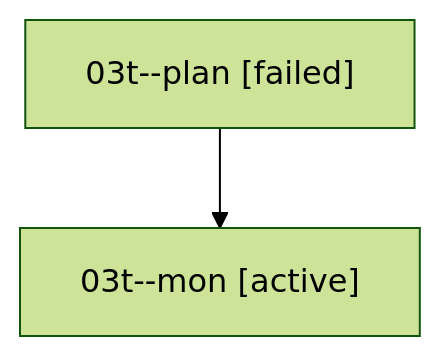
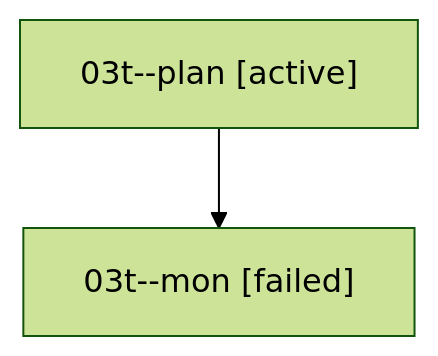
Before and after one commit to sase-org/sase--agents: the diagram in families/bbugyi200.athena.03t.md, drawn with Mermaid (forest theme). The commit also changed other lines of this file and 35830 other files, not shown here.

````diff
--- a/families/bbugyi200.athena.03t.md
+++ b/families/bbugyi200.athena.03t.md
@@ -9,6 +9,6 @@
 ```mermaid
 flowchart TD
-  n0["03t--plan [failed]"]
-  n1["03t--mon [active]"]
+  n0["03t--plan [active]"]
+  n1["03t--mon [failed]"]
   n0 --> n1
 ```
````
